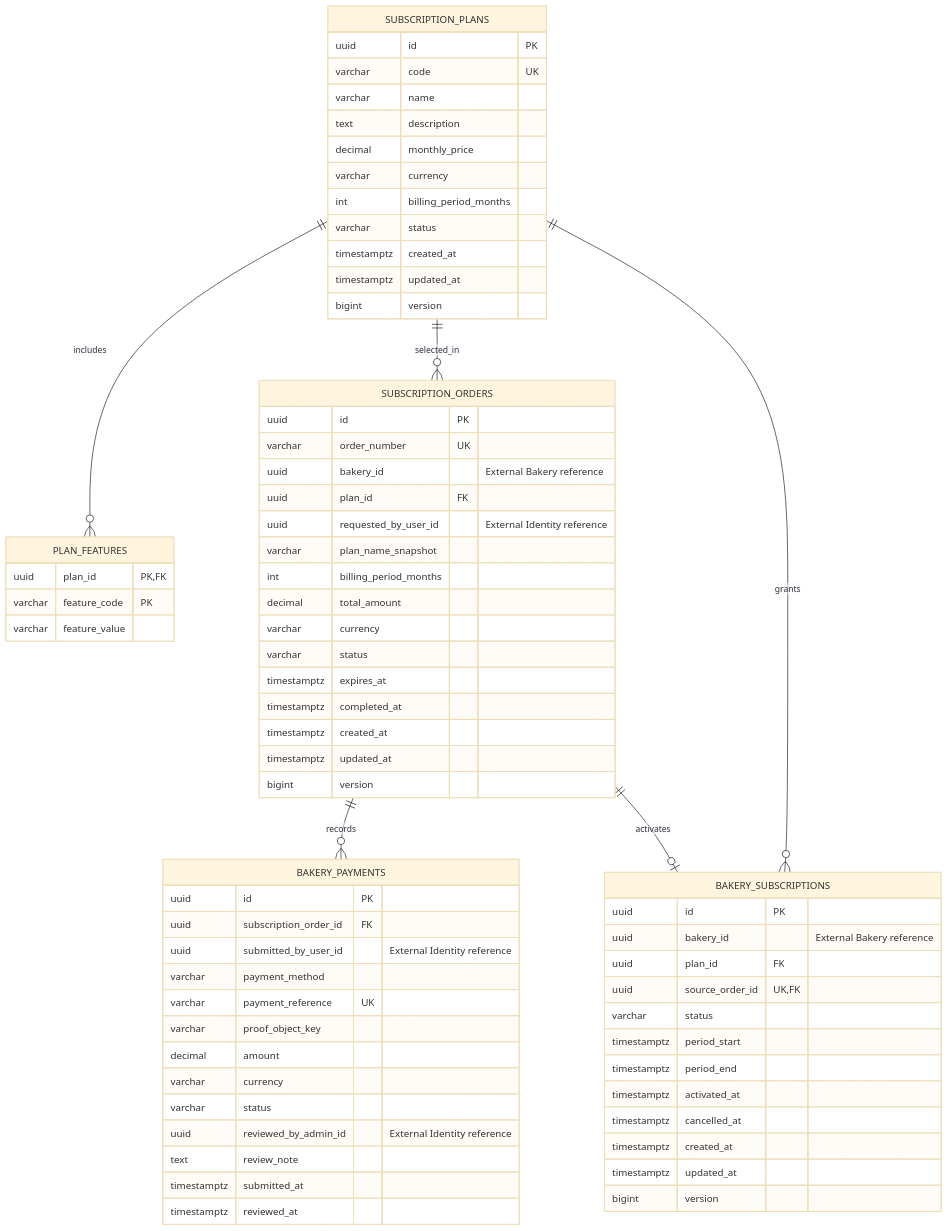
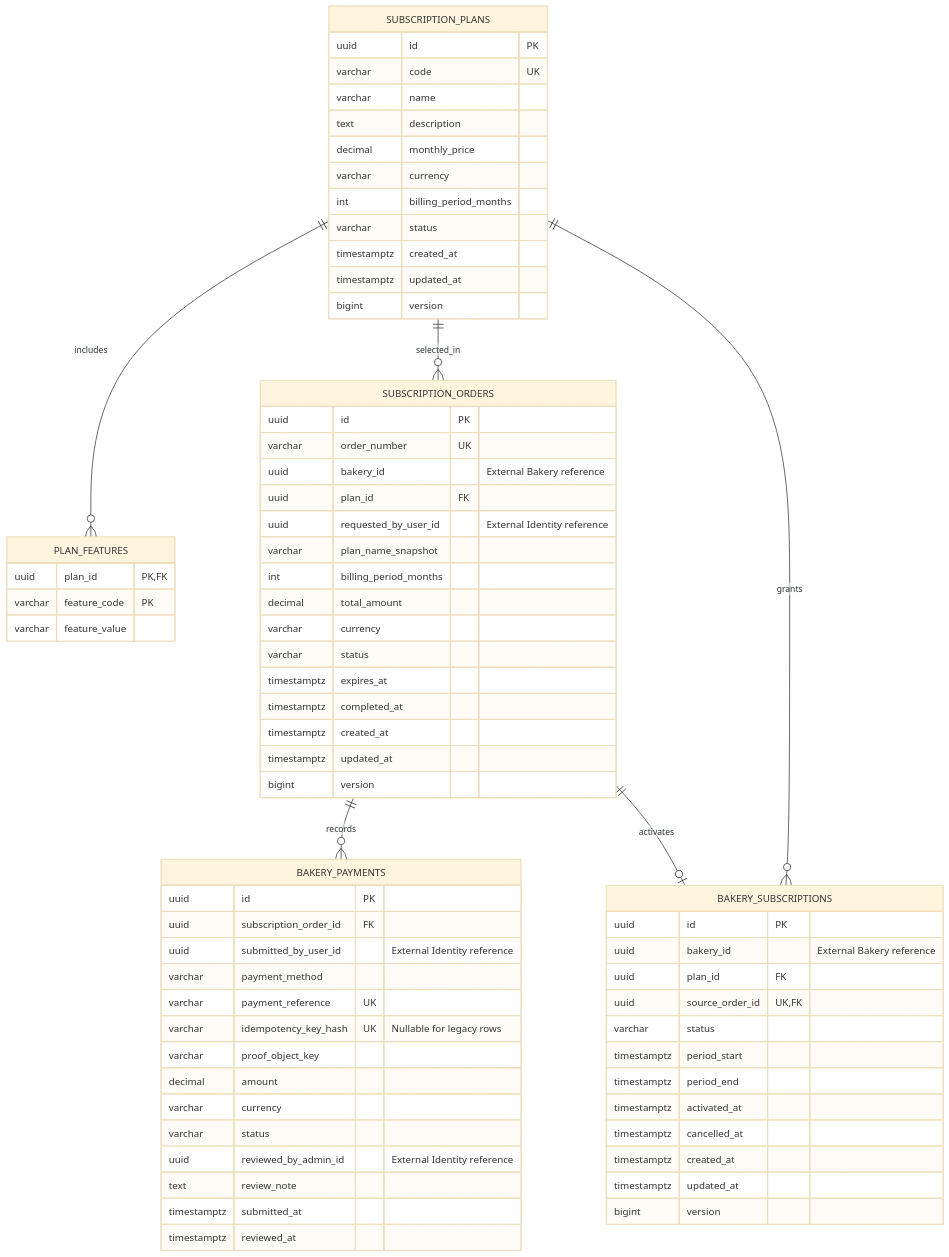
Before and after one commit to leminhkhoi-james/Bakery-Platform: the diagram in docs/erd/07-subscription-service-logical.mmd, drawn with Mermaid (base theme). The commit also changed 4 other files, not shown here.

```diff
--- a/docs/erd/07-subscription-service-logical.mmd
+++ b/docs/erd/07-subscription-service-logical.mmd
@@ -1,75 +1,76 @@
 erDiagram
     SUBSCRIPTION_PLANS {
         uuid id PK
         varchar code UK
         varchar name
         text description
         decimal monthly_price
         varchar currency
         int billing_period_months
         varchar status
         timestamptz created_at
         timestamptz updated_at
         bigint version
     }
 
     PLAN_FEATURES {
         uuid plan_id PK, FK
         varchar feature_code PK
         varchar feature_value
     }
 
     SUBSCRIPTION_ORDERS {
         uuid id PK
         varchar order_number UK
         uuid bakery_id "External Bakery reference"
         uuid plan_id FK
         uuid requested_by_user_id "External Identity reference"
         varchar plan_name_snapshot
         int billing_period_months
         decimal total_amount
         varchar currency
         varchar status
         timestamptz expires_at
         timestamptz completed_at
         timestamptz created_at
         timestamptz updated_at
         bigint version
     }
 
     BAKERY_PAYMENTS {
         uuid id PK
         uuid subscription_order_id FK
         uuid submitted_by_user_id "External Identity reference"
         varchar payment_method
         varchar payment_reference UK
+        varchar idempotency_key_hash UK "Nullable for legacy rows"
         varchar proof_object_key
         decimal amount
         varchar currency
         varchar status
         uuid reviewed_by_admin_id "External Identity reference"
         text review_note
         timestamptz submitted_at
         timestamptz reviewed_at
     }
 
     BAKERY_SUBSCRIPTIONS {
         uuid id PK
         uuid bakery_id "External Bakery reference"
         uuid plan_id FK
         uuid source_order_id UK, FK
         varchar status
         timestamptz period_start
         timestamptz period_end
         timestamptz activated_at
         timestamptz cancelled_at
         timestamptz created_at
         timestamptz updated_at
         bigint version
     }
 
     SUBSCRIPTION_PLANS ||--o{ PLAN_FEATURES : includes
     SUBSCRIPTION_PLANS ||--o{ SUBSCRIPTION_ORDERS : selected_in
     SUBSCRIPTION_ORDERS ||--o{ BAKERY_PAYMENTS : records
     SUBSCRIPTION_ORDERS ||--o| BAKERY_SUBSCRIPTIONS : activates
     SUBSCRIPTION_PLANS ||--o{ BAKERY_SUBSCRIPTIONS : grants
```
